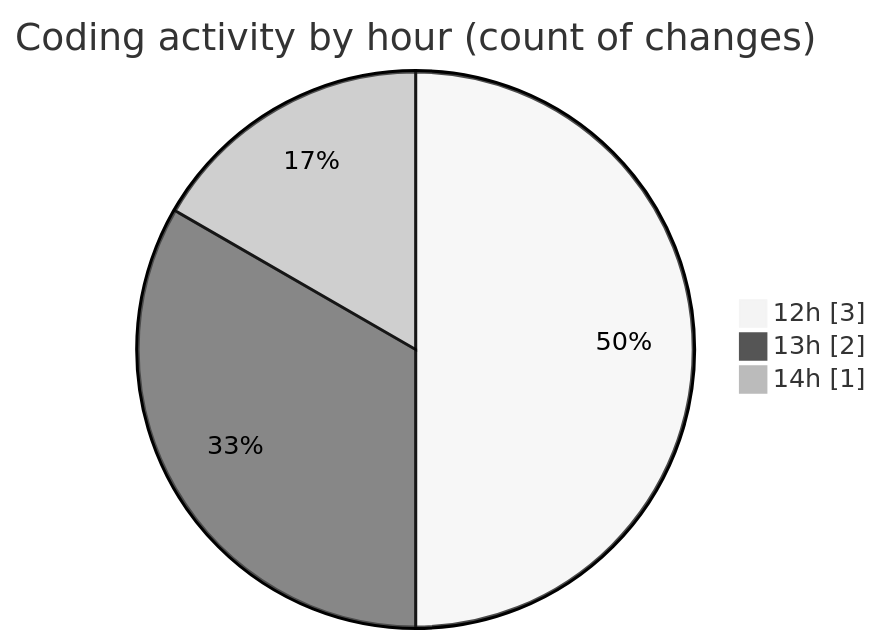
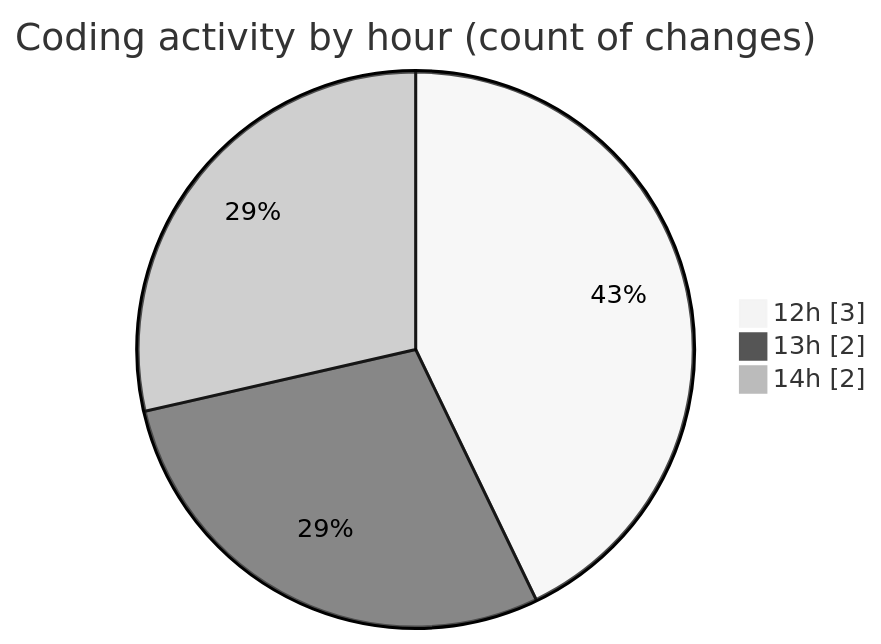
The second of 2 diagrams in 2025-12-02/nxtqube_webapp/README.md (nxtqubesakshisongat/code-tracking), drawn with Mermaid (neutral theme) before and after one commit. The commit also changed other lines of this file and 1 other file, not shown here.

````diff
--- a/2025-12-02/nxtqube_webapp/README.md
+++ b/2025-12-02/nxtqube_webapp/README.md
@@ -32,7 +33,7 @@
 ```mermaid
 pie showData
 title Coding activity by hour (count of changes)
 "12h" : 3
 "13h" : 2
-"14h" : 1
+"14h" : 2
 ```
````
